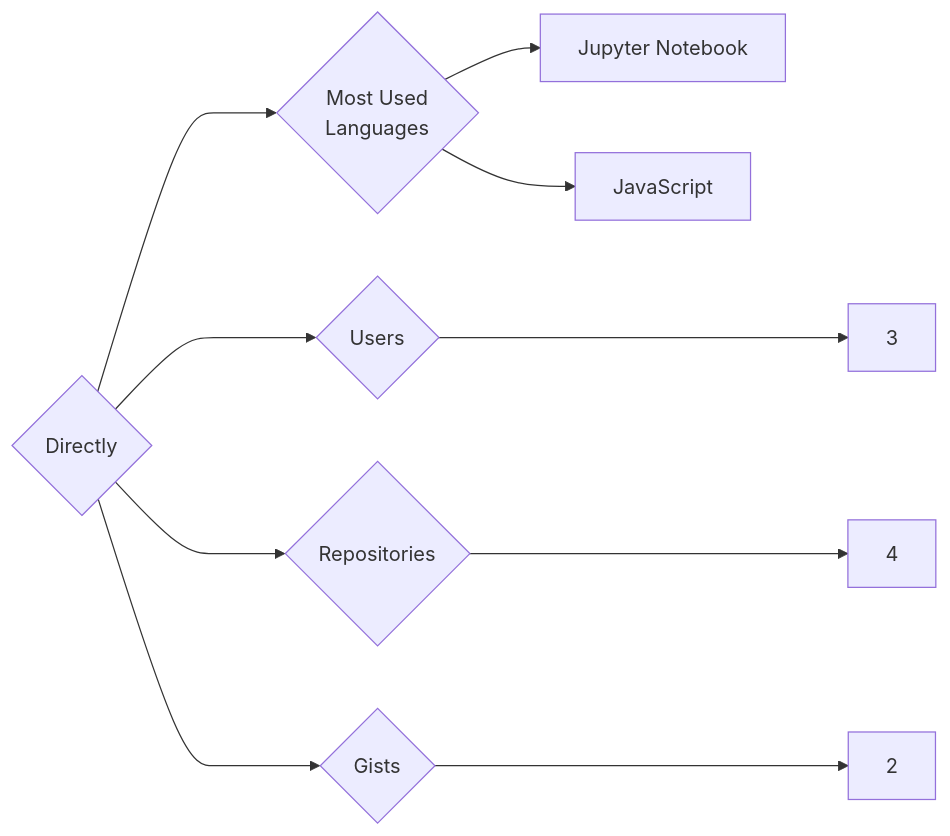
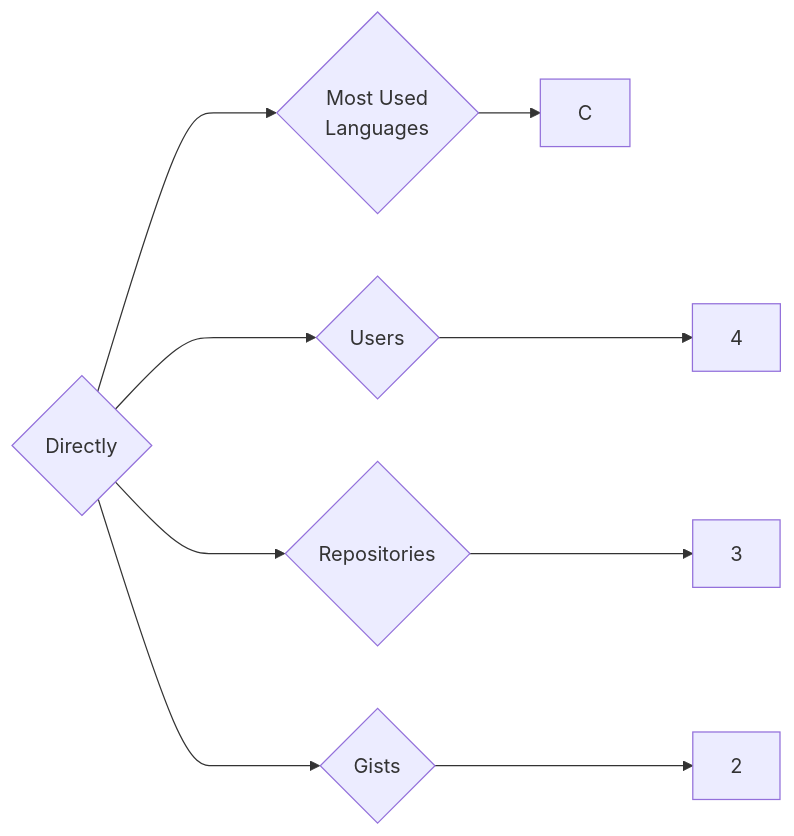
One commit to trickest/insiders changed the diagram in targets/Directly/README.md. Above: the diagram before and after it, drawn with Mermaid. The commit also changed 1003 other files, not shown here.

````diff
--- a/targets/Directly/README.md
+++ b/targets/Directly/README.md
@@ -3,10 +3,9 @@
 ```mermaid
 graph LR
 COMPANY_NAME{Directly}
-COMPANY_NAME ---> U{Users} ---> UN[3]
-COMPANY_NAME ---> R{Repositories} ---> RN[4]
+COMPANY_NAME ---> U{Users} ---> UN[4]
+COMPANY_NAME ---> R{Repositories} ---> RN[3]
 COMPANY_NAME ---> G{Gists} ---> GN[2]
 COMPANY_NAME ---> ML{Most Used<br>Languages}
-ML --> Jupyter_Notebook[Jupyter Notebook]
-ML --> JavaScript[JavaScript]
+ML --> C[C]
 ```
````
